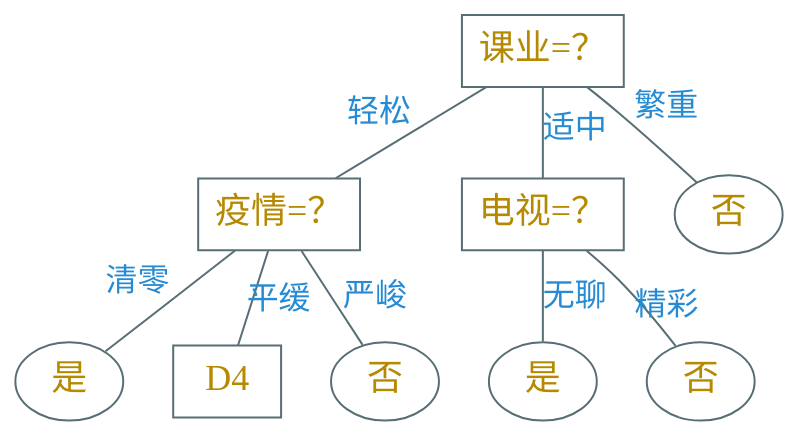
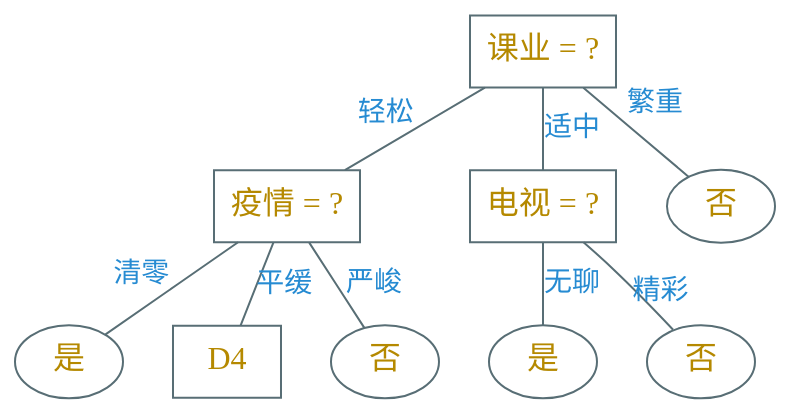
The diagram in dot/dt-divide-d4.dot (Avanti1980/course-ml), drawn with Graphviz before and after one commit. The commit also changed 8 other files, not shown here.

```diff
--- a/dot/dt-divide-d4.dot
+++ b/dot/dt-divide-d4.dot
@@ -1,28 +1,28 @@
 digraph g {
     bgcolor=transparent
     graph [nodesep=0.35, ranksep=0.35]
-    node [shape=box, color="#586e75", fontcolor="#b58900", fontsize=18, fontname="Ysabeau, LXGWSong"]
-    edge [arrowhead=none, color="#586e75", fontcolor="#268bd2", fontsize=16, fontname="Ysabeau, LXGWSong"]
+    node [shape=box, color="#586e75", fontcolor="#b58900", fontsize=16, fontname="Ysabeau, LXGWSong"]
+    edge [arrowhead=none, color="#586e75", fontcolor="#268bd2", fontsize=14, fontname="Ysabeau, LXGWSong"]
 
-    "课业=？" -> "疫情=？" [xlabel="轻松"]
-    "课业=？" -> "电视=？" [label="适中"]
+    "课业 = ?" -> "疫情 = ?" [xlabel="轻松"]
+    "课业 = ?" -> "电视 = ?" [label="适中"]
 
     node [shape=ellipse]
 
-    "课业=？" -> "否" [headlabel="繁重", labeldistance=4]
+    "课业 = ?" -> "否" [headlabel="繁重", labeldistance=4]
 
-    "电视=？" -> "是" [label="无聊"]
+    "电视 = ?" -> "是" [label="无聊"]
 
     n2 [label="否"]
-    "电视=？" -> n2 [headlabel="精彩", labeldistance=2]
+    "电视 = ?" -> n2 [headlabel="精彩", labeldistance=2]
 
     y2 [label="是"]    
-    "疫情=？" -> y2 [xlabel="清零"]
+    "疫情 = ?" -> y2 [xlabel="清零"]
 
     node [shape=box]
-    "疫情=？" -> "D4" [headlabel="平缓", labeldistance=3]
+    "疫情 = ?" -> "D4" [headlabel="平缓", labeldistance=3]
 
     node [shape=ellipse]
     n3 [label="否"]
-    "疫情=？" -> n3 [label="严峻"]
+    "疫情 = ?" -> n3 [label="严峻"]
 }
```
